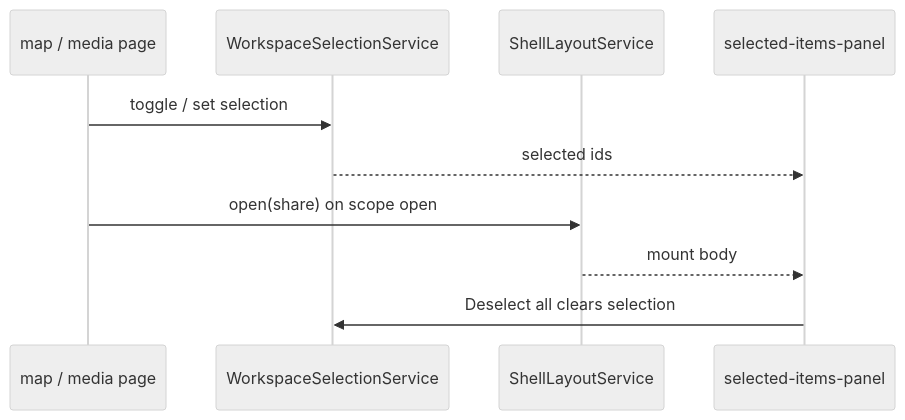
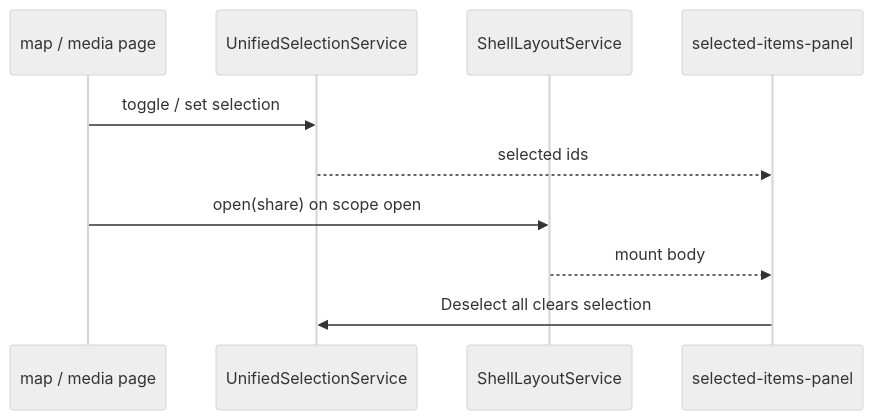
One commit to matkleve/feldpost changed the second of 2 diagrams in docs/specs/ui/shell/selected-items-panel.md. Above: the diagram before and after it, drawn with Mermaid (neutral theme). The commit also changed other lines of this file and 6 other files, not shown here.

````diff
--- a/docs/specs/ui/shell/selected-items-panel.md
+++ b/docs/specs/ui/shell/selected-items-panel.md
@@ -125,12 +125,12 @@
 ```mermaid
 sequenceDiagram
   participant Map as map / media page
-  participant Sel as WorkspaceSelectionService
+  participant Sel as UnifiedSelectionService
   participant Shell as ShellLayoutService
   participant Panel as selected-items-panel
   Map->>Sel: toggle / set selection
   Sel-->>Panel: selected ids
   Map->>Shell: open(share) on scope open
   Shell-->>Panel: mount body
   Panel->>Sel: Deselect all clears selection
 ```
````
